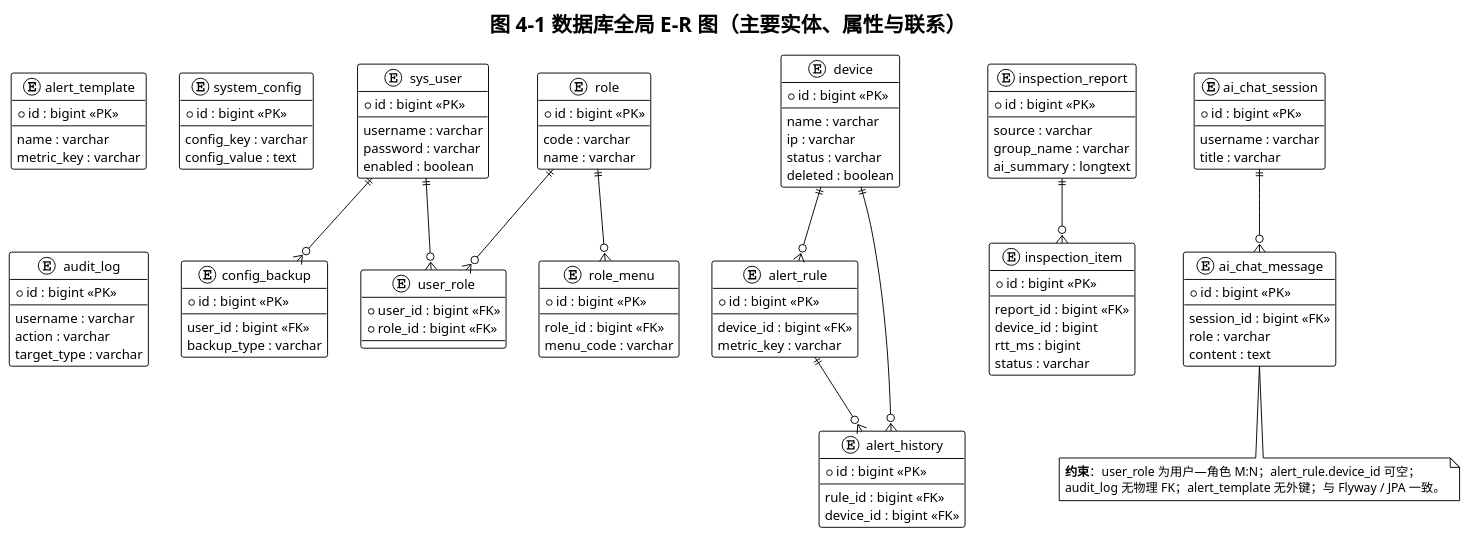
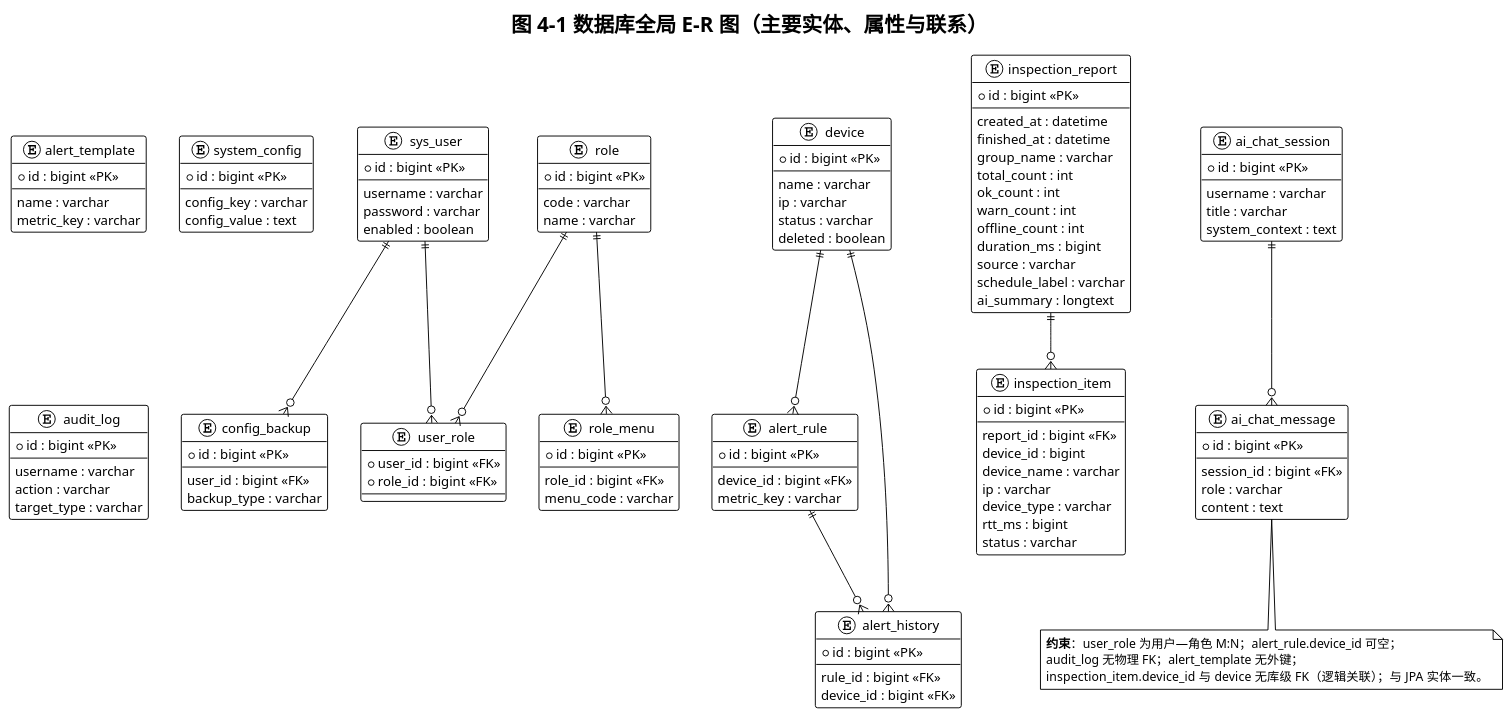
One commit to zedberark/jiankong changed the fourth of 5 diagrams in docs/NetPulse-图示全量-UML.puml. Above: the diagram before and after it, drawn with PlantUML. The commit also changed other lines of this file and 17 other files, not shown here.

```diff
--- a/docs/NetPulse-图示全量-UML.puml
+++ b/docs/NetPulse-图示全量-UML.puml
@@ -107,130 +107,143 @@
 @startuml NP_图4-1_全局ER图
 !theme plain
 title 图 4-1 数据库全局 E-R 图（主要实体、属性与联系）
 
 entity "sys_user" as su {
   * id : bigint <<PK>>
   --
   username : varchar
   password : varchar
   enabled : boolean
 }
 
 entity "role" as ro {
   * id : bigint <<PK>>
   --
   code : varchar
   name : varchar
 }
 
 entity "user_role" as ur {
   * user_id : bigint <<FK>>
   * role_id : bigint <<FK>>
 }
 
 entity "role_menu" as rm {
   * id : bigint <<PK>>
   --
   role_id : bigint <<FK>>
   menu_code : varchar
 }
 
 entity "device" as dv {
   * id : bigint <<PK>>
   --
   name : varchar
   ip : varchar
   status : varchar
   deleted : boolean
 }
 
 entity "alert_rule" as ar {
   * id : bigint <<PK>>
   --
   device_id : bigint <<FK>>
   metric_key : varchar
 }
 
 entity "alert_history" as ah {
   * id : bigint <<PK>>
   --
   rule_id : bigint <<FK>>
   device_id : bigint <<FK>>
 }
 
 entity "alert_template" as at {
   * id : bigint <<PK>>
   --
   name : varchar
   metric_key : varchar
 }
 
 entity "inspection_report" as ir {
   * id : bigint <<PK>>
   --
+  created_at : datetime
+  finished_at : datetime
+  group_name : varchar
+  total_count : int
+  ok_count : int
+  warn_count : int
+  offline_count : int
+  duration_ms : bigint
   source : varchar
-  group_name : varchar
+  schedule_label : varchar
   ai_summary : longtext
 }
 
 entity "inspection_item" as it {
   * id : bigint <<PK>>
   --
   report_id : bigint <<FK>>
   device_id : bigint
+  device_name : varchar
+  ip : varchar
+  device_type : varchar
   rtt_ms : bigint
   status : varchar
 }
 
 entity "config_backup" as cb {
   * id : bigint <<PK>>
   --
   user_id : bigint <<FK>>
   backup_type : varchar
 }
 
 entity "system_config" as sc {
   * id : bigint <<PK>>
   --
   config_key : varchar
   config_value : text
 }
 
 entity "audit_log" as al {
   * id : bigint <<PK>>
   --
   username : varchar
   action : varchar
   target_type : varchar
 }
 
 entity "ai_chat_session" as cs {
   * id : bigint <<PK>>
   --
   username : varchar
   title : varchar
+  system_context : text
 }
 
 entity "ai_chat_message" as cm {
   * id : bigint <<PK>>
   --
   session_id : bigint <<FK>>
   role : varchar
   content : text
 }
 
 su ||--o{ ur
 ro ||--o{ ur
 ro ||--o{ rm
 dv ||--o{ ar
 dv ||--o{ ah
 ar ||--o{ ah
 su ||--o{ cb
 ir ||--o{ it
 cs ||--o{ cm
 
 note bottom of cm
   **约束**：user_role 为用户—角色 M:N；alert_rule.device_id 可空；
-  audit_log 无物理 FK；alert_template 无外键；与 Flyway / JPA 一致。
+  audit_log 无物理 FK；alert_template 无外键；
+  inspection_item.device_id 与 device 无库级 FK（逻辑关联）；与 JPA 实体一致。
 end note
 @enduml
```
